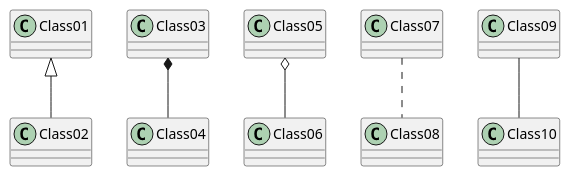
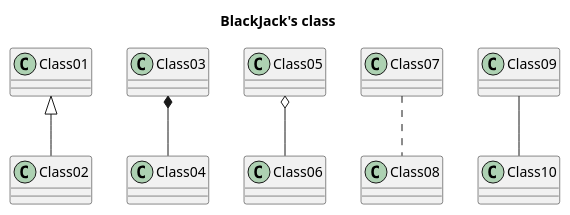
One commit to HARU-pc/Cards changed the diagram in blackjack.pu. Above: the diagram before and after it, drawn with PlantUML.

```diff
--- a/blackjack.pu
+++ b/blackjack.pu
@@ -1,7 +1,8 @@
-@startuml
+@startuml BlackJack
+title BlackJack's class
 Class01 <|-- Class02
 Class03 *-- Class04
 Class05 o-- Class06
 Class07 .. Class08
 Class09 -- Class10
 @enduml
```
